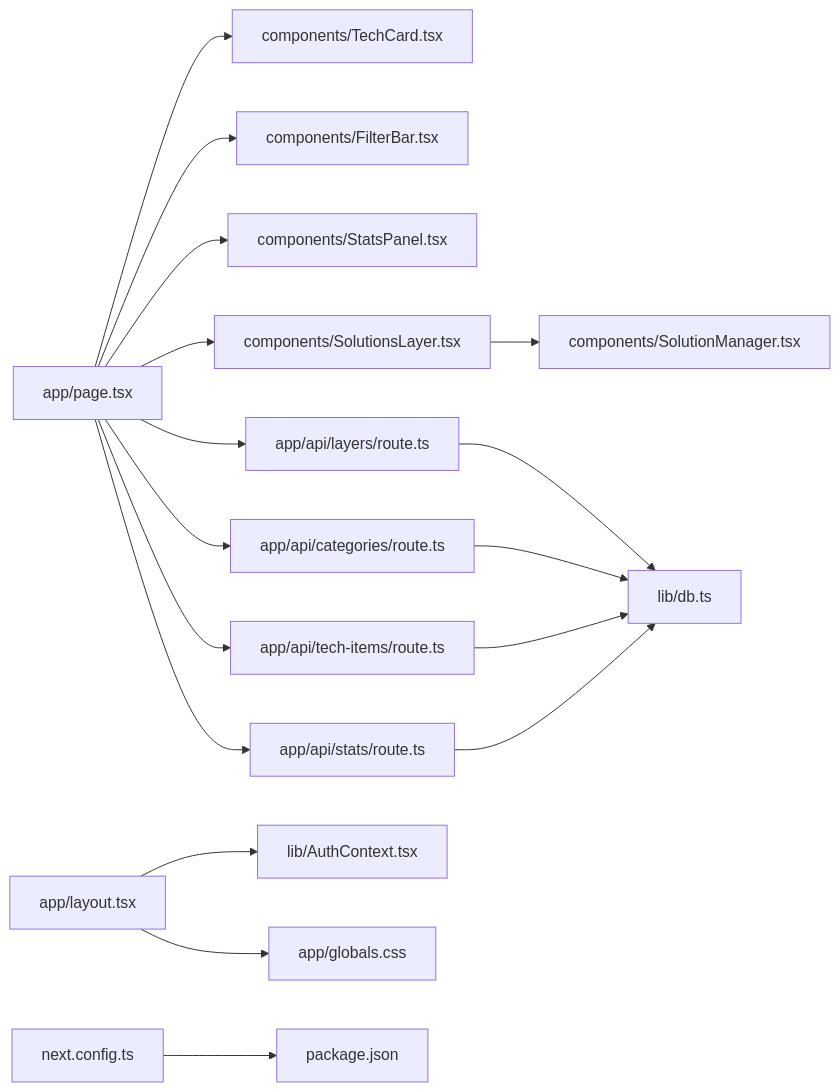
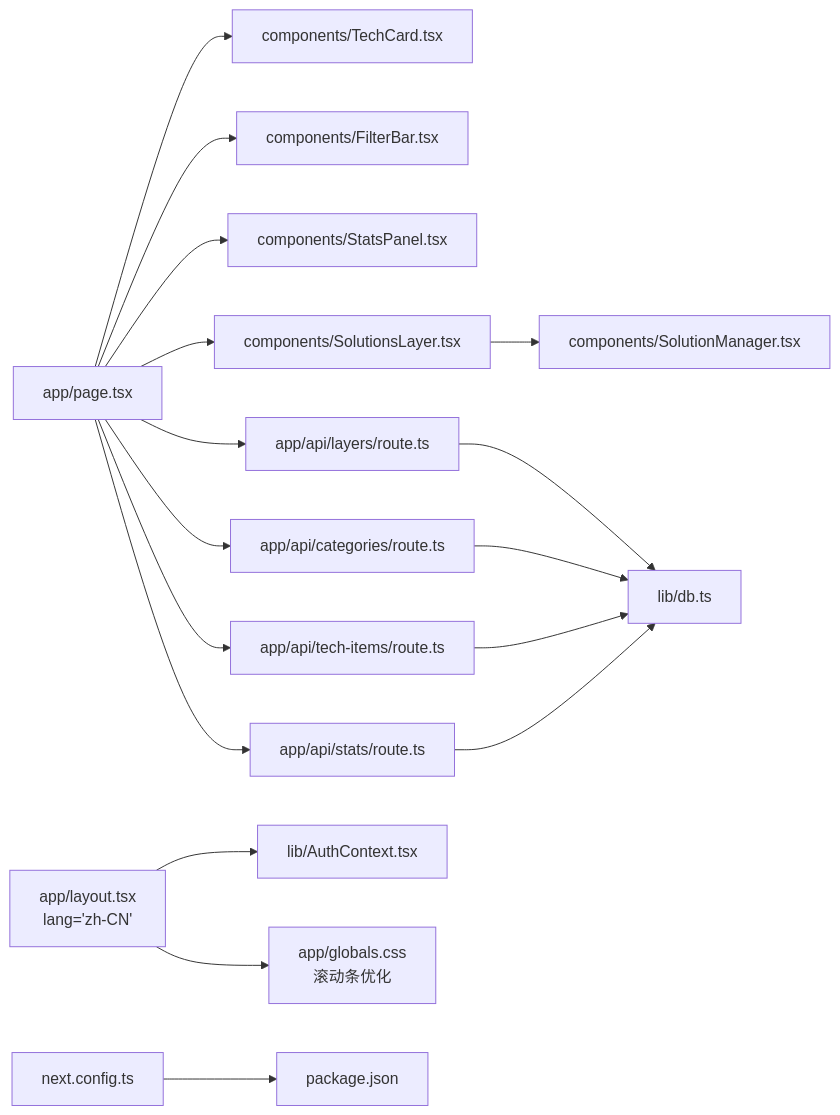
Before and after one commit to tutusiji/lantu-next: the sixth of 6 diagrams in .qoder/repowiki/zh/content/系统架构/前端架构.md, drawn with Mermaid. The commit also changed other lines of this file and 22 other files, not shown here.

````diff
--- a/.qoder/repowiki/zh/content/系统架构/前端架构.md
+++ b/.qoder/repowiki/zh/content/系统架构/前端架构.md
@@ -396,19 +426,19 @@
 ```mermaid
 graph LR
 P["app/page.tsx"] --> C1["components/TechCard.tsx"]
 P --> C2["components/FilterBar.tsx"]
 P --> C3["components/StatsPanel.tsx"]
 P --> C4["components/SolutionsLayer.tsx"]
 C4 --> C5["components/SolutionManager.tsx"]
 P --> A1["app/api/layers/route.ts"]
 P --> A2["app/api/categories/route.ts"]
 P --> A3["app/api/tech-items/route.ts"]
 P --> A4["app/api/stats/route.ts"]
 A1 --> D1["lib/db.ts"]
 A2 --> D1
 A3 --> D1
 A4 --> D1
-L["app/layout.tsx"] --> AC["lib/AuthContext.tsx"]
-L --> G["app/globals.css"]
+L["app/layout.tsx<br/>lang='zh-CN'"] --> AC["lib/AuthContext.tsx"]
+L --> G["app/globals.css<br/>滚动条优化"]
 N["next.config.ts"] --> PKG["package.json"]
 ```
````
